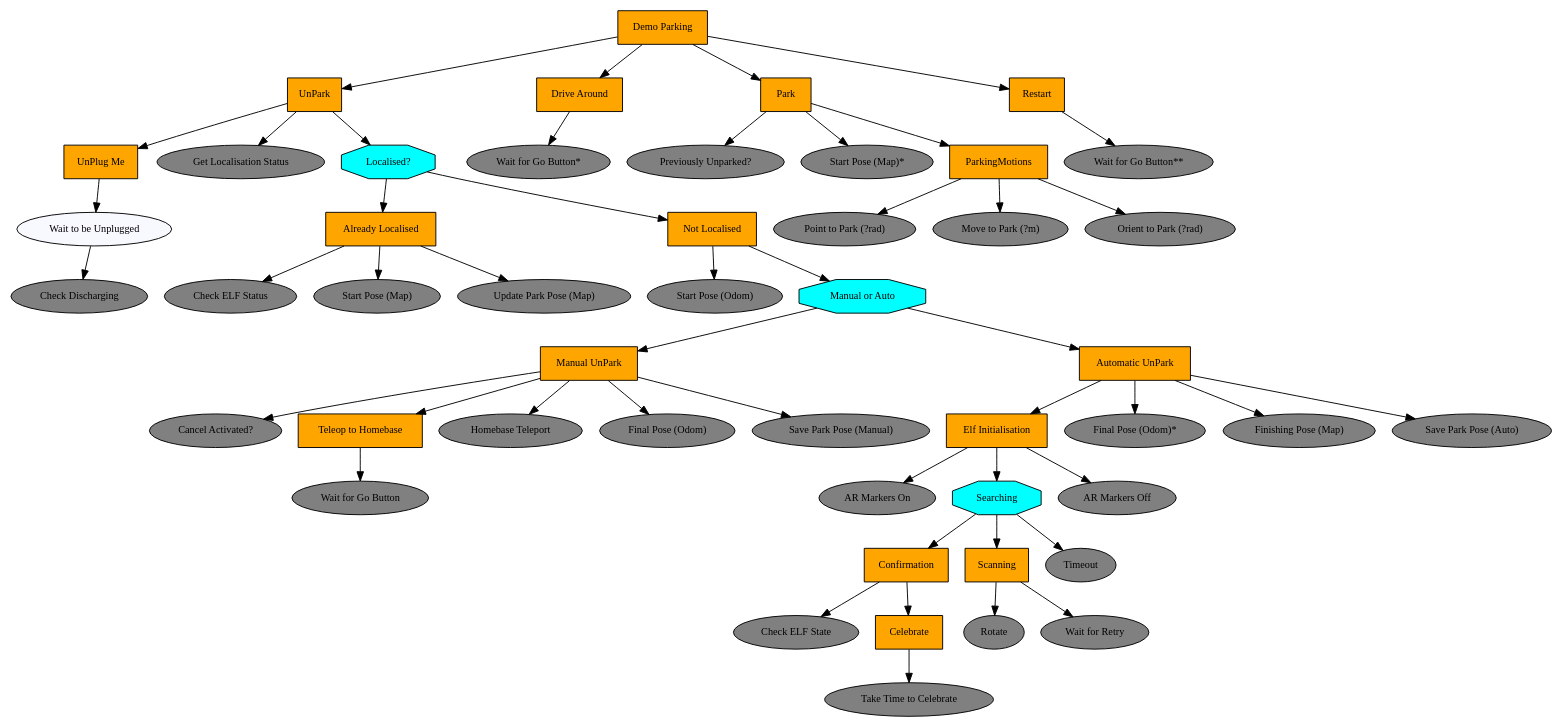
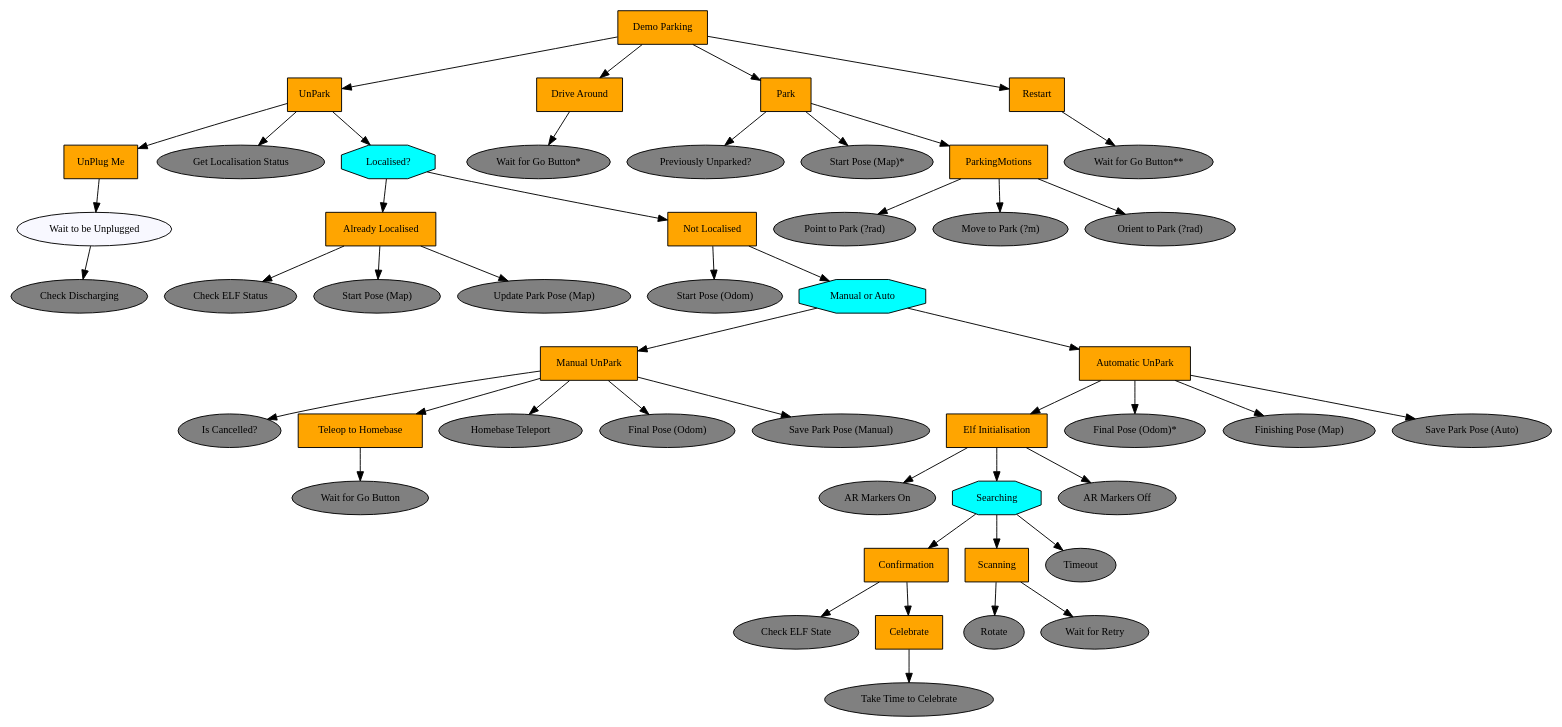
Before and after one commit to splintered-reality/py_trees: the diagram in gopher_behaviours/doc/dot/demo_parking.dot, drawn with Graphviz. The commit also changed 1 other file, not shown here.

```diff
--- a/gopher_behaviours/doc/dot/demo_parking.dot
+++ b/gopher_behaviours/doc/dot/demo_parking.dot
@@ -1,97 +1,97 @@
 digraph demo_parking {
 "Demo Parking" [shape=box, fontsize=11, style=filled, fillcolor=orange];
 UnPark [shape=box, fontsize=11, style=filled, fillcolor=orange];
 "Demo Parking" -> UnPark;
 "UnPlug Me" [shape=box, fontsize=11, style=filled, fillcolor=orange];
 UnPark -> "UnPlug Me";
 "Wait to be Unplugged" [shape=ellipse, fontsize=11, style=filled, fillcolor=ghostwhite];
 "UnPlug Me" -> "Wait to be Unplugged";
 "Check Discharging" [shape=ellipse, fontsize=11, style=filled, fillcolor=gray];
 "Wait to be Unplugged" -> "Check Discharging";
 "Get Localisation Status" [shape=ellipse, fontsize=11, style=filled, fillcolor=gray];
 UnPark -> "Get Localisation Status";
 "Localised?" [shape=octagon, fontsize=11, style=filled, fillcolor=cyan];
 UnPark -> "Localised?";
 "Already Localised" [shape=box, fontsize=11, style=filled, fillcolor=orange];
 "Localised?" -> "Already Localised";
 "Check ELF Status" [shape=ellipse, fontsize=11, style=filled, fillcolor=gray];
 "Already Localised" -> "Check ELF Status";
 "Start Pose (Map)" [shape=ellipse, fontsize=11, style=filled, fillcolor=gray];
 "Already Localised" -> "Start Pose (Map)";
 "Update Park Pose (Map)" [shape=ellipse, fontsize=11, style=filled, fillcolor=gray];
 "Already Localised" -> "Update Park Pose (Map)";
 "Not Localised" [shape=box, fontsize=11, style=filled, fillcolor=orange];
 "Localised?" -> "Not Localised";
 "Start Pose (Odom)" [shape=ellipse, fontsize=11, style=filled, fillcolor=gray];
 "Not Localised" -> "Start Pose (Odom)";
 "Manual or Auto" [shape=octagon, fontsize=11, style=filled, fillcolor=cyan];
 "Not Localised" -> "Manual or Auto";
 "Manual UnPark" [shape=box, fontsize=11, style=filled, fillcolor=orange];
 "Manual or Auto" -> "Manual UnPark";
-"Cancel Activated?" [shape=ellipse, fontsize=11, style=filled, fillcolor=gray];
-"Manual UnPark" -> "Cancel Activated?";
+"Is Cancelled?" [shape=ellipse, fontsize=11, style=filled, fillcolor=gray];
+"Manual UnPark" -> "Is Cancelled?";
 "Teleop to Homebase" [shape=box, fontsize=11, style=filled, fillcolor=orange];
 "Manual UnPark" -> "Teleop to Homebase";
 "Wait for Go Button" [shape=ellipse, fontsize=11, style=filled, fillcolor=gray];
 "Teleop to Homebase" -> "Wait for Go Button";
 "Homebase Teleport" [shape=ellipse, fontsize=11, style=filled, fillcolor=gray];
 "Manual UnPark" -> "Homebase Teleport";
 "Final Pose (Odom)" [shape=ellipse, fontsize=11, style=filled, fillcolor=gray];
 "Manual UnPark" -> "Final Pose (Odom)";
 "Save Park Pose (Manual)" [shape=ellipse, fontsize=11, style=filled, fillcolor=gray];
 "Manual UnPark" -> "Save Park Pose (Manual)";
 "Automatic UnPark" [shape=box, fontsize=11, style=filled, fillcolor=orange];
 "Manual or Auto" -> "Automatic UnPark";
 "Elf Initialisation" [shape=box, fontsize=11, style=filled, fillcolor=orange];
 "Automatic UnPark" -> "Elf Initialisation";
 "AR Markers On" [shape=ellipse, fontsize=11, style=filled, fillcolor=gray];
 "Elf Initialisation" -> "AR Markers On";
 Searching [shape=octagon, fontsize=11, style=filled, fillcolor=cyan];
 "Elf Initialisation" -> Searching;
 Confirmation [shape=box, fontsize=11, style=filled, fillcolor=orange];
 Searching -> Confirmation;
 "Check ELF State" [shape=ellipse, fontsize=11, style=filled, fillcolor=gray];
 Confirmation -> "Check ELF State";
 Celebrate [shape=box, fontsize=11, style=filled, fillcolor=orange];
 Confirmation -> Celebrate;
 "Take Time to Celebrate" [shape=ellipse, fontsize=11, style=filled, fillcolor=gray];
 Celebrate -> "Take Time to Celebrate";
 Scanning [shape=box, fontsize=11, style=filled, fillcolor=orange];
 Searching -> Scanning;
 Rotate [shape=ellipse, fontsize=11, style=filled, fillcolor=gray];
 Scanning -> Rotate;
 "Wait for Retry" [shape=ellipse, fontsize=11, style=filled, fillcolor=gray];
 Scanning -> "Wait for Retry";
 Timeout [shape=ellipse, fontsize=11, style=filled, fillcolor=gray];
 Searching -> Timeout;
 "AR Markers Off" [shape=ellipse, fontsize=11, style=filled, fillcolor=gray];
 "Elf Initialisation" -> "AR Markers Off";
 "Final Pose (Odom)*" [shape=ellipse, fontsize=11, style=filled, fillcolor=gray];
 "Automatic UnPark" -> "Final Pose (Odom)*";
 "Finishing Pose (Map)" [shape=ellipse, fontsize=11, style=filled, fillcolor=gray];
 "Automatic UnPark" -> "Finishing Pose (Map)";
 "Save Park Pose (Auto)" [shape=ellipse, fontsize=11, style=filled, fillcolor=gray];
 "Automatic UnPark" -> "Save Park Pose (Auto)";
 "Drive Around" [shape=box, fontsize=11, style=filled, fillcolor=orange];
 "Demo Parking" -> "Drive Around";
 "Wait for Go Button*" [shape=ellipse, fontsize=11, style=filled, fillcolor=gray];
 "Drive Around" -> "Wait for Go Button*";
 Park [shape=box, fontsize=11, style=filled, fillcolor=orange];
 "Demo Parking" -> Park;
 "Previously Unparked?" [shape=ellipse, fontsize=11, style=filled, fillcolor=gray];
 Park -> "Previously Unparked?";
 "Start Pose (Map)*" [shape=ellipse, fontsize=11, style=filled, fillcolor=gray];
 Park -> "Start Pose (Map)*";
 ParkingMotions [shape=box, fontsize=11, style=filled, fillcolor=orange];
 Park -> ParkingMotions;
 "Point to Park (?rad)" [shape=ellipse, fontsize=11, style=filled, fillcolor=gray];
 ParkingMotions -> "Point to Park (?rad)";
 "Move to Park (?m)" [shape=ellipse, fontsize=11, style=filled, fillcolor=gray];
 ParkingMotions -> "Move to Park (?m)";
 "Orient to Park (?rad)" [shape=ellipse, fontsize=11, style=filled, fillcolor=gray];
 ParkingMotions -> "Orient to Park (?rad)";
 Restart [shape=box, fontsize=11, style=filled, fillcolor=orange];
 "Demo Parking" -> Restart;
 "Wait for Go Button**" [shape=ellipse, fontsize=11, style=filled, fillcolor=gray];
 Restart -> "Wait for Go Button**";
 }
```
